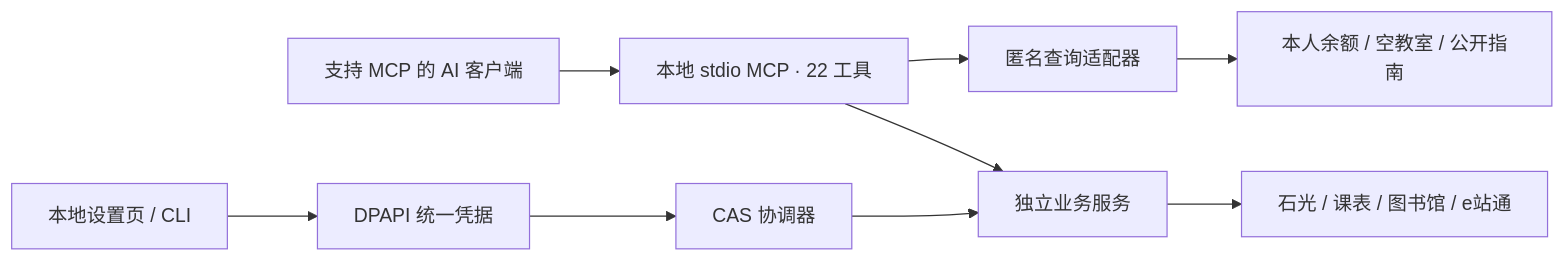
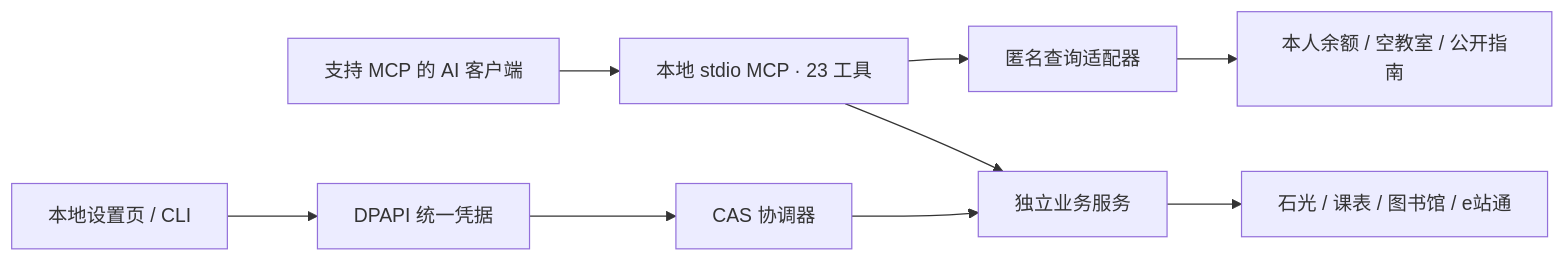
Before and after one commit to dlam12138/UPC-MCP: the diagram in docs/ARCHITECTURE.md, drawn with Mermaid. The commit also changed 12 other files, not shown here.

````diff
--- a/docs/ARCHITECTURE.md
+++ b/docs/ARCHITECTURE.md
@@ -3,11 +3,11 @@
 ```mermaid
 flowchart LR
-    AI[支持 MCP 的 AI 客户端] --> MCP[本地 stdio MCP · 22 工具]
+    AI[支持 MCP 的 AI 客户端] --> MCP[本地 stdio MCP · 23 工具]
     UI[本地设置页 / CLI] --> Cred[DPAPI 统一凭据]
     Cred --> CAS[CAS 协调器]
     MCP --> Public[匿名查询适配器]
     MCP --> Biz[独立业务服务]
     CAS --> Biz
     Public --> Balance[本人余额 / 空教室 / 公开指南]
     Biz --> Systems[石光 / 课表 / 图书馆 / e站通]
 ```
````
